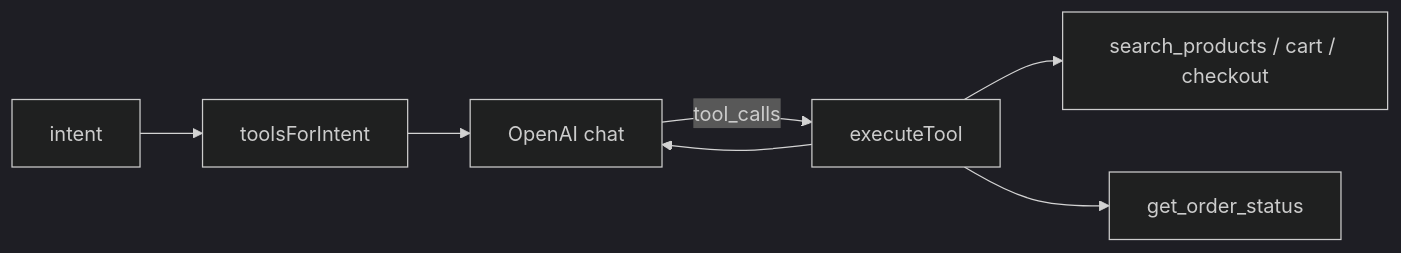
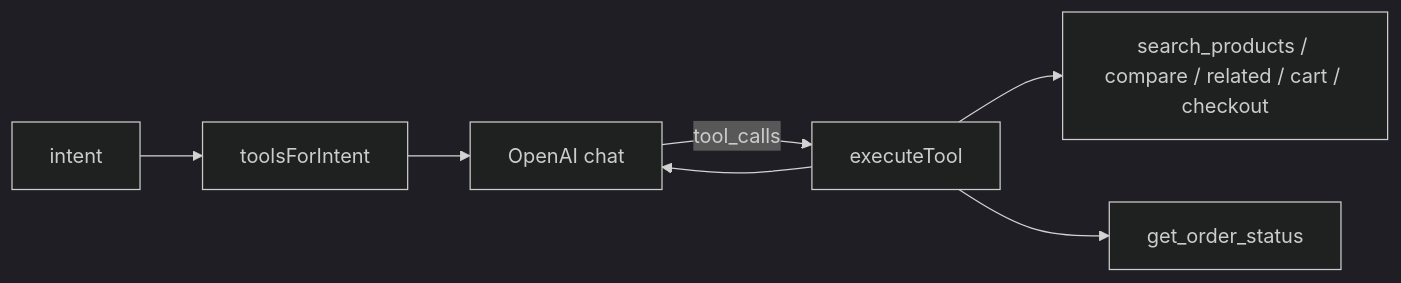
The fourth of 4 diagrams in docs/functions/03-chat-orchestration.md (manikya/chat-bot), drawn with Mermaid (dark theme) before and after one commit. The commit also changed other lines of this file and 44 other files, not shown here.

````diff
--- a/docs/functions/03-chat-orchestration.md
+++ b/docs/functions/03-chat-orchestration.md
@@ -187,9 +221,9 @@
 ```mermaid
 flowchart LR
   INTENT[intent] --> TOOLS[toolsForIntent]
   TOOLS --> LLM[OpenAI chat]
   LLM -->|tool_calls| EXEC[executeTool]
-  EXEC --> CATALOG[search_products / cart / checkout]
+  EXEC --> CATALOG[search_products / compare / related / cart / checkout]
   EXEC --> ORDERS[get_order_status]
   EXEC --> LLM
 ```
````
